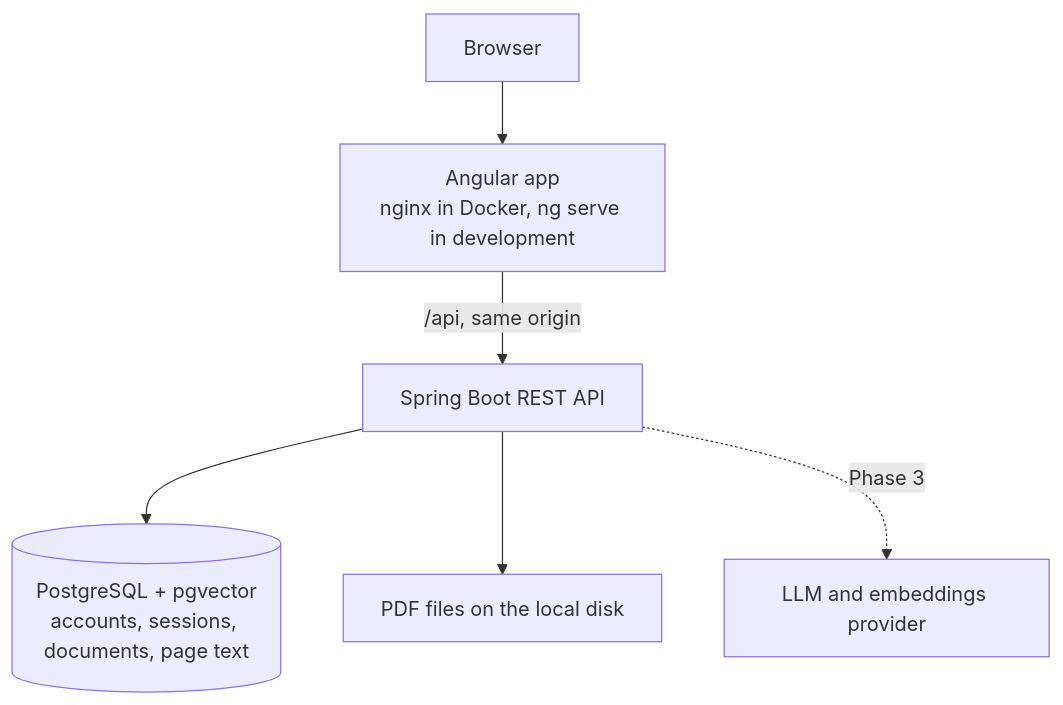
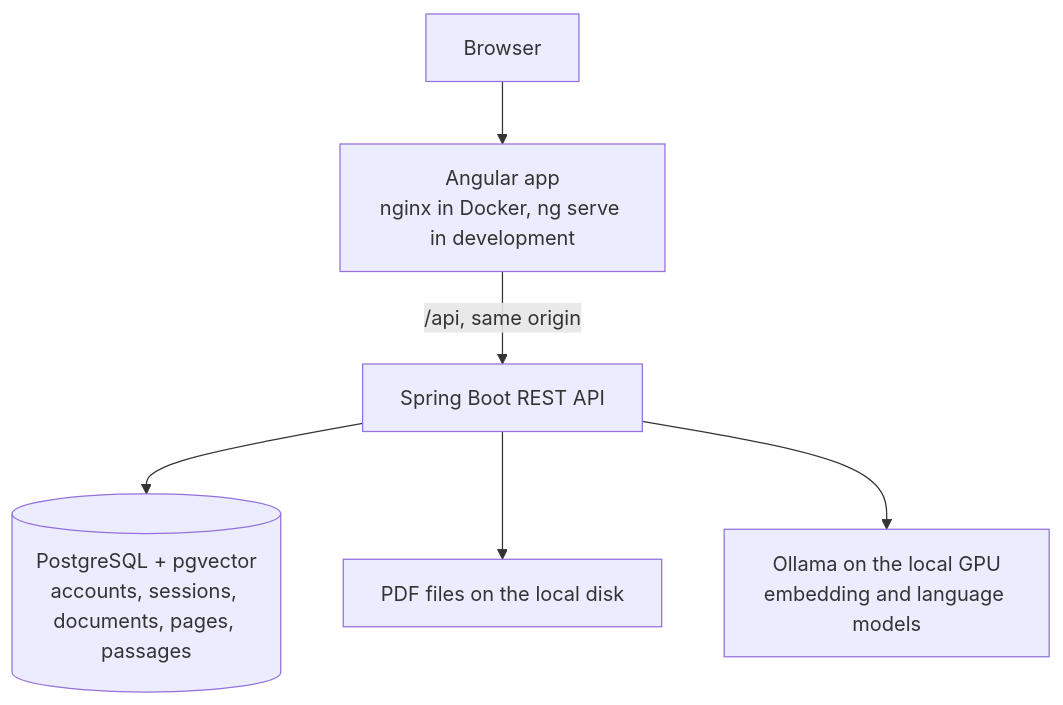
Before and after one commit to Jorge-Matheus/doc-chat-ai: the diagram in README.md, drawn with Mermaid. The commit also changed other lines of this file and 61 other files, not shown here.

First line of the commit message:
Answer questions from documents with cited pages (Phase 3)

````diff
--- a/README.md
+++ b/README.md
@@ -30,8 +30,8 @@
 ```mermaid
 flowchart TD
     Browser[Browser] --> Web["Angular app<br/>nginx in Docker, ng serve in development"]
     Web -->|"/api, same origin"| API["Spring Boot REST API"]
-    API --> DB[("PostgreSQL + pgvector<br/>accounts, sessions, documents, page text")]
+    API --> DB[("PostgreSQL + pgvector<br/>accounts, sessions, documents, pages, passages")]
     API --> Files["PDF files on the local disk"]
-    API -. Phase 3 .-> AI["LLM and embeddings provider"]
+    API --> AI["Ollama on the local GPU<br/>embedding and language models"]
 ```
````
